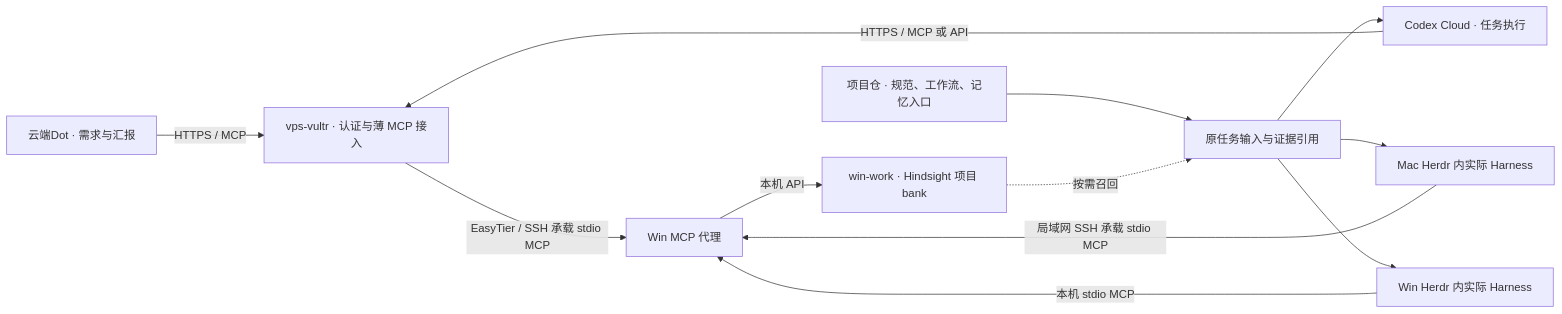
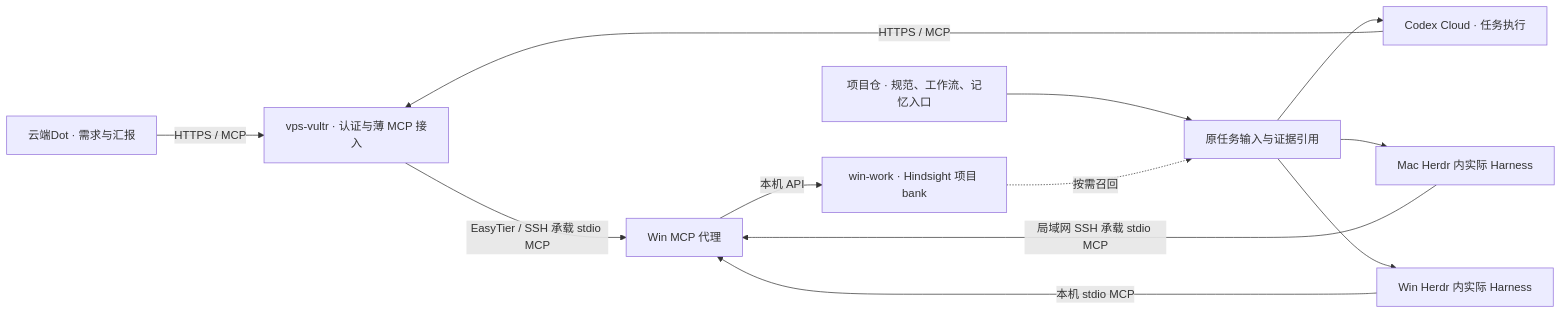
Before and after one commit to CF-FE/herdr-4-codexcloud: the diagram in docs/hindsight-memory-integration.md, drawn with Mermaid. The commit also changed other lines of this file and 2 other files, not shown here.

Commit message:
docs: require MCP access for both cloud roles

````diff
--- a/docs/hindsight-memory-integration.md
+++ b/docs/hindsight-memory-integration.md
@@ -17,14 +17,14 @@
 ```mermaid
 flowchart LR
     dot["云端Dot · 需求与汇报"] -->|"HTTPS / MCP"| vps["vps-vultr · 认证与薄 MCP 接入"]
-    cloud["Codex Cloud · 任务执行"] -->|"HTTPS / MCP 或 API"| vps
+    cloud["Codex Cloud · 任务执行"] -->|"HTTPS / MCP"| vps
     vps -->|"EasyTier / SSH 承载 stdio MCP"| proxy["Win MCP 代理"]
     mac["Mac Herdr 内实际 Harness"] -->|"局域网 SSH 承载 stdio MCP"| proxy
     win["Win Herdr 内实际 Harness"] -->|"本机 stdio MCP"| proxy
     proxy -->|"本机 API"| memory["win-work · Hindsight 项目 bank"]
     repo["项目仓 · 规范、工作流、记忆入口"] --> task["原任务输入与证据引用"]
     memory -."按需召回".-> task
     task --> cloud
     task --> mac
     task --> win
 ```
````
